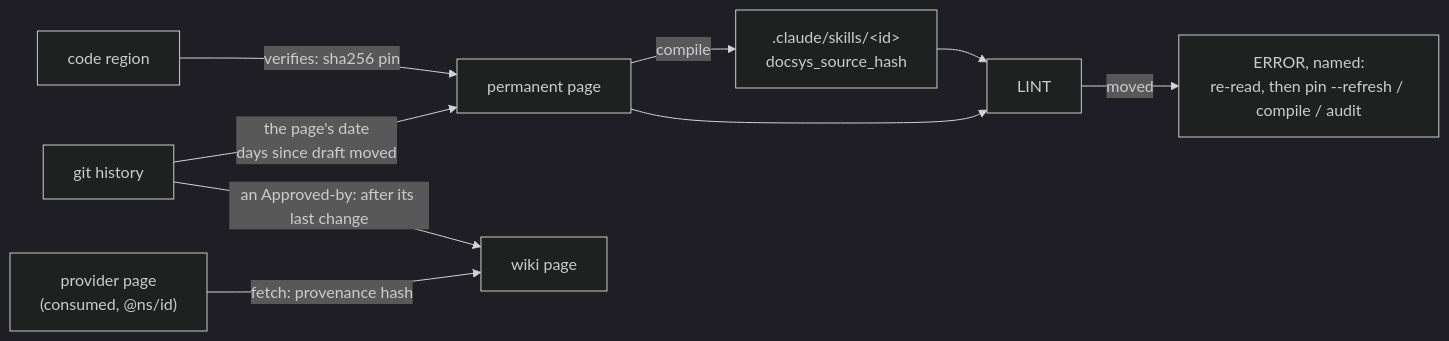
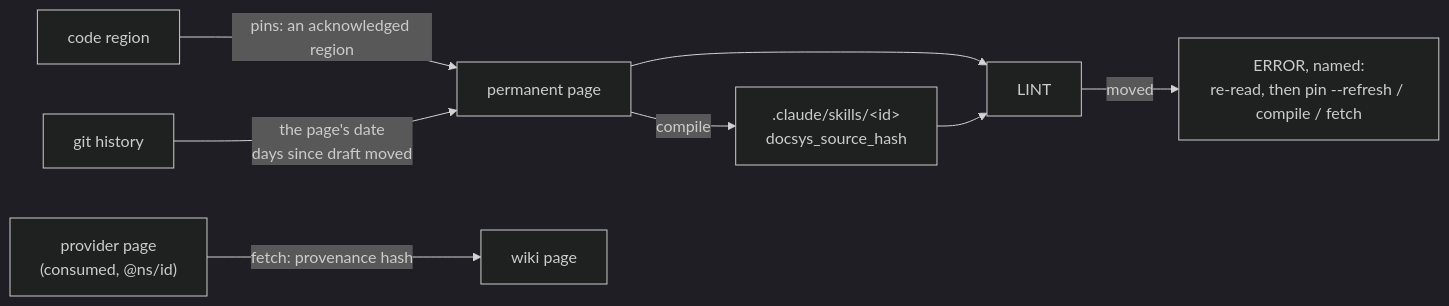
Before and after one commit to FatihErtugral/docsys: the sixth of 7 diagrams in README.md, drawn with Mermaid (dark theme). The commit also changed other lines of this file and 117 other files, not shown here.

````diff
--- a/README.md
+++ b/README.md
@@ -242,11 +220,10 @@
 ```mermaid
 flowchart LR
-    CODE["code region"] -- "verifies: sha256 pin" --> PAGE["permanent page"]
+    CODE["code region"] -- "pins: an acknowledged region" --> PAGE["permanent page"]
     PAGE -- "compile" --> SKILL[".claude/skills/&lt;id&gt;<br/>docsys_source_hash"]
     HIST["git history"] -- "the page's date<br/>days since draft moved" --> PAGE
     PROV["provider page<br/>(consumed, @ns/id)"] -- "fetch: provenance hash" --> WIKI["wiki page"]
-    HIST -- "an Approved-by: after its last change" --> WIKI
     PAGE --> LINT
     SKILL --> LINT
-    LINT -- "moved" --> ERR["ERROR, named:<br/>re-read, then pin --refresh / compile / audit"]
+    LINT -- "moved" --> ERR["ERROR, named:<br/>re-read, then pin --refresh / compile / fetch"]
 ```
````
